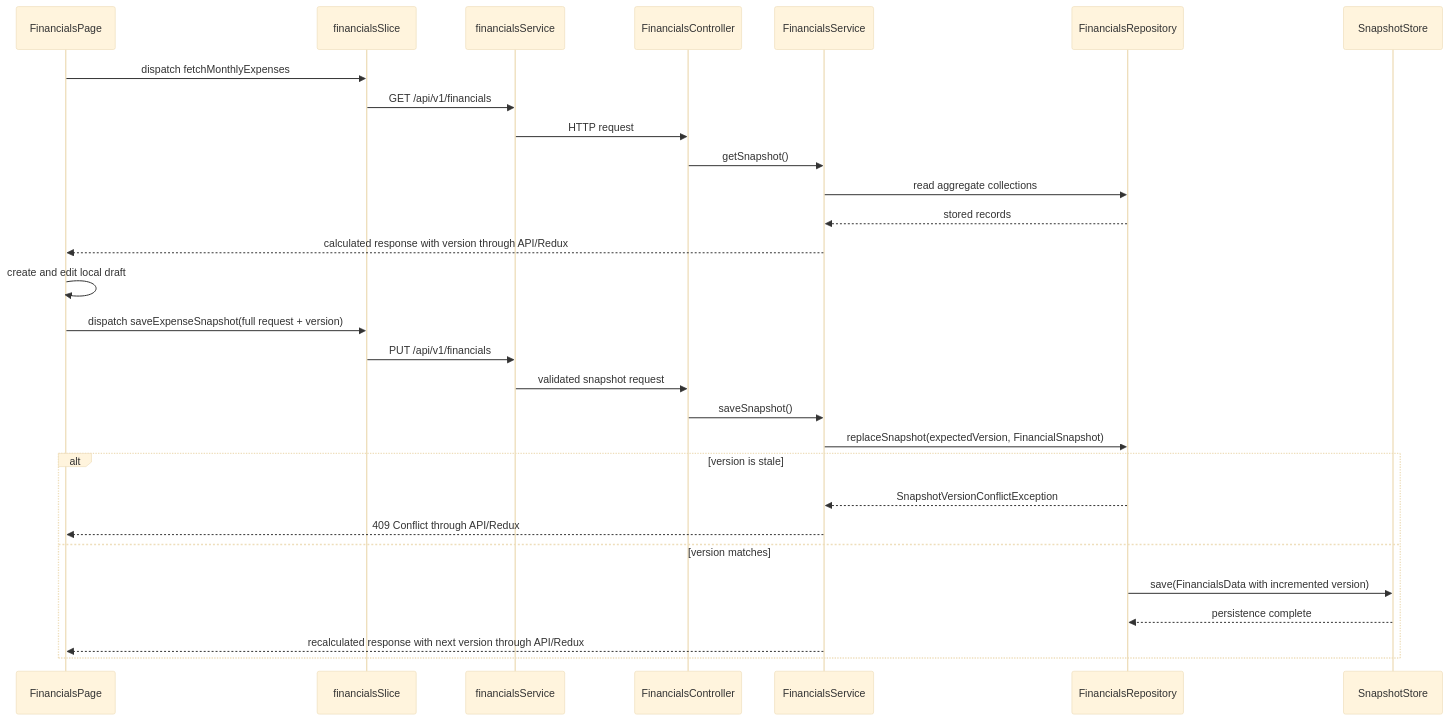
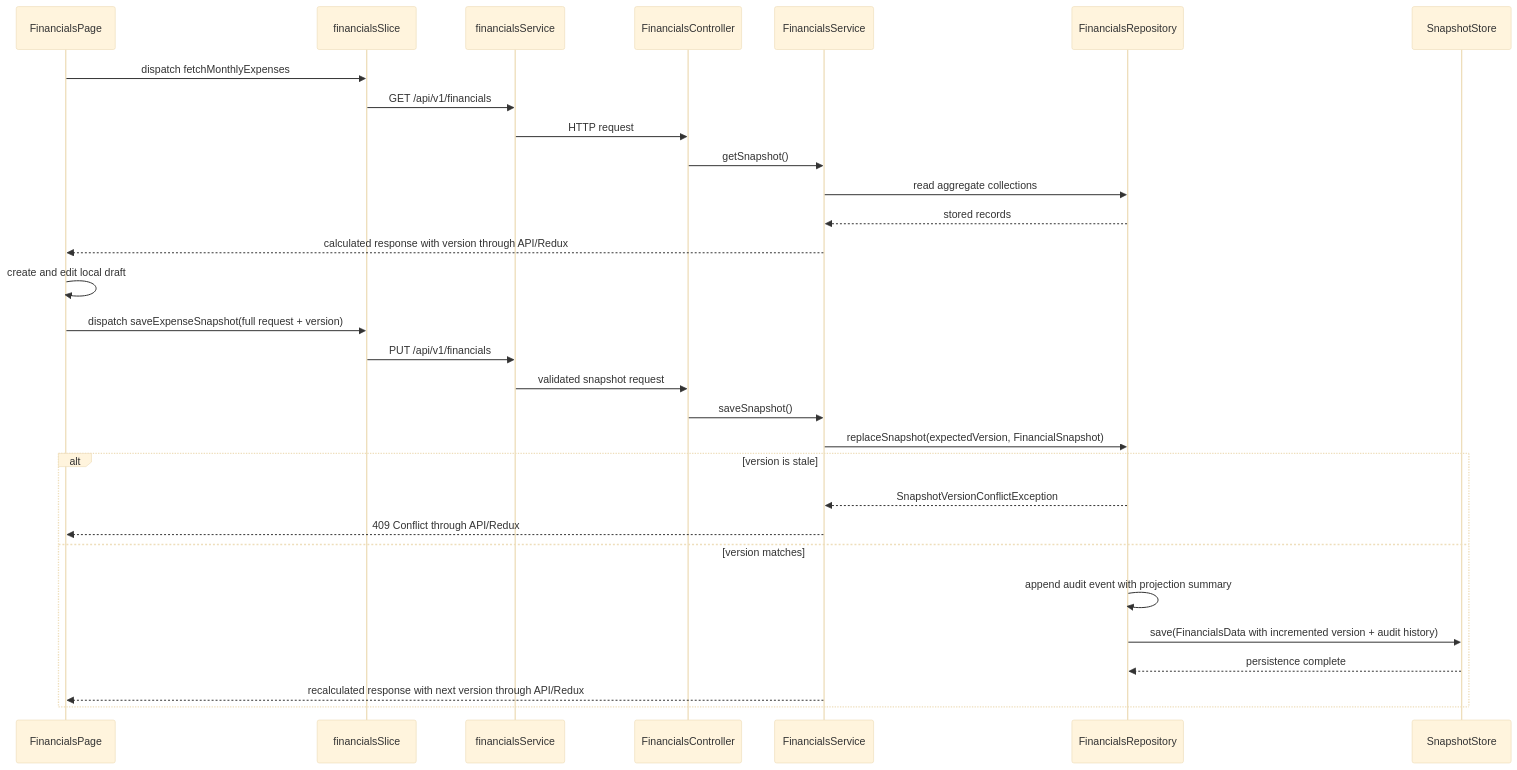
One commit to everdein/pay-period-planner changed the third of 4 diagrams in docs/architecture-map.md. Above: the diagram before and after it, drawn with Mermaid (base theme). The commit also changed other lines of this file and 32 other files, not shown here.

Commit message:
Add audit history and coverage summaries

````diff
--- a/docs/architecture-map.md
+++ b/docs/architecture-map.md
@@ -111,32 +113,33 @@
 ```mermaid
 sequenceDiagram
     participant Page as FinancialsPage
     participant Redux as financialsSlice
     participant Client as financialsService
     participant API as FinancialsController
     participant Domain as FinancialsService
     participant Repo as FinancialsRepository
     participant Store as SnapshotStore
 
     Page->>Redux: dispatch fetchMonthlyExpenses
     Redux->>Client: GET /api/v1/financials
     Client->>API: HTTP request
     API->>Domain: getSnapshot()
     Domain->>Repo: read aggregate collections
     Repo-->>Domain: stored records
     Domain-->>Page: calculated response with version through API/Redux
     Page->>Page: create and edit local draft
     Page->>Redux: dispatch saveExpenseSnapshot(full request + version)
     Redux->>Client: PUT /api/v1/financials
     Client->>API: validated snapshot request
     API->>Domain: saveSnapshot()
     Domain->>Repo: replaceSnapshot(expectedVersion, FinancialSnapshot)
     alt version is stale
         Repo-->>Domain: SnapshotVersionConflictException
         Domain-->>Page: 409 Conflict through API/Redux
     else version matches
-        Repo->>Store: save(FinancialsData with incremented version)
+        Repo->>Repo: append audit event with projection summary
+        Repo->>Store: save(FinancialsData with incremented version + audit history)
         Store-->>Repo: persistence complete
         Domain-->>Page: recalculated response with next version through API/Redux
     end
 ```
````
